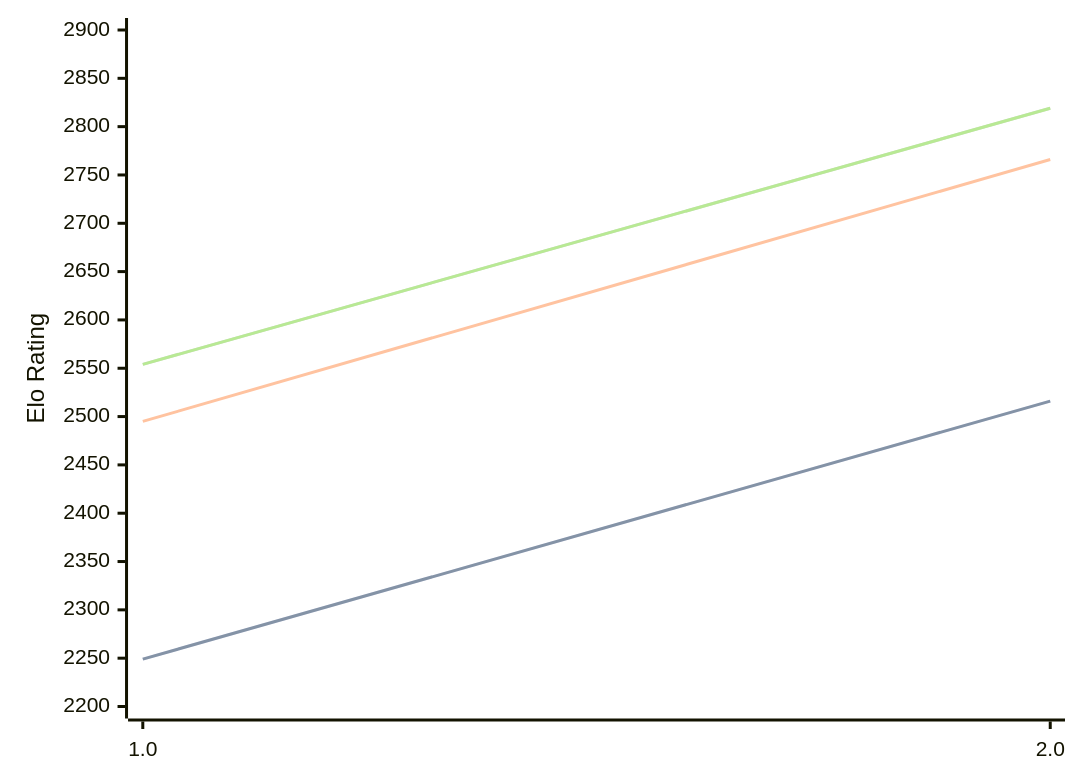
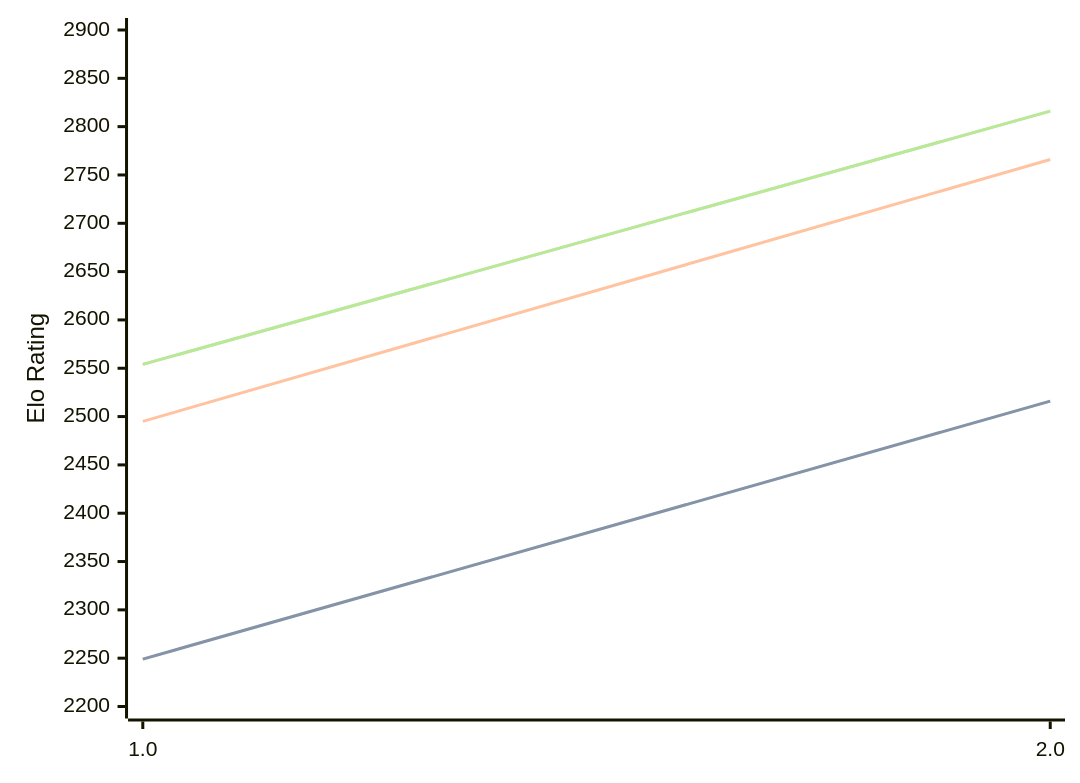
Before and after one commit to computer-chess-index/cci: the third of 3 diagrams in engines/Revolver.md, drawn with Mermaid. The commit also changed other lines of this file, not shown here.

Commit message:
Update CCI Ratings (ELO VLTC) - 2026-07-10

````diff
--- a/engines/Revolver.md
+++ b/engines/Revolver.md
@@ -65,11 +65,11 @@
 ```mermaid
 %%{init: {"theme":"base","themeVariables":{"seriesColors:['#a3a3a3','#222221','#faa371']}}}%%
 xychart-beta
   x-axis ["1.0", "2.0"]
   y-axis "Elo Rating" 2200 --> 2900
   line "STC (8.0+0.08s)" [2249, 2516]
   line "STC (8.0+0.08s)" [2249, 2516]
   line "LTC (60.0+0.60s)" [2495, 2766]
-  line "VLTC (2m24s+1.12s)" [2554, 2819]
-  line "VLTC (2m24s+1.12s)" [2554, 2819]
+  line "VLTC (2m24s+1.12s)" [2554, 2816]
+  line "VLTC (2m24s+1.12s)" [2554, 2816]
 ```
````
